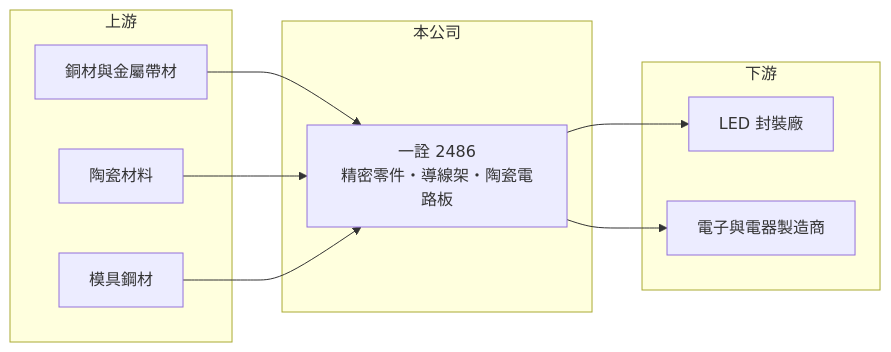
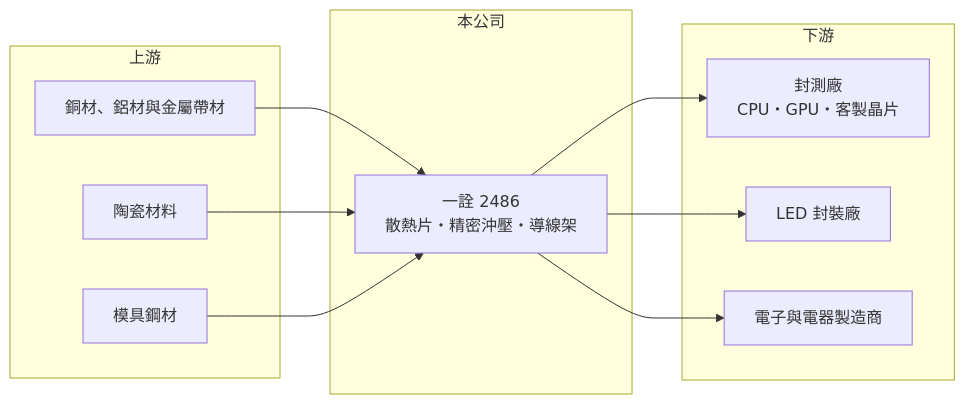
Before and after one commit to wangnick1004/taiwan-stock-vault: the second of 2 diagrams in 個股/台股/2486一詮.md, drawn with Mermaid. The commit also changed other lines of this file and 12 other files, not shown here.

````diff
--- a/個股/台股/2486一詮.md
+++ b/個股/台股/2486一詮.md
@@ -89,20 +114,22 @@
 ```mermaid
 flowchart LR
     subgraph 上游
-        A1["銅材與金屬帶材"]
+        A1["銅材、鋁材與金屬帶材"]
         A2["陶瓷材料"]
         A3["模具鋼材"]
     end
     subgraph 本公司
-        B["一詮 2486<br/>精密零件・導線架・陶瓷電路板"]
+        B["一詮 2486<br/>散熱片・精密沖壓・導線架"]
     end
     subgraph 下游
-        C1["LED 封裝廠"]
-        C2["電子與電器製造商"]
+        C1["封測廠<br/>CPU・GPU・客製晶片"]
+        C2["LED 封裝廠"]
+        C3["電子與電器製造商"]
     end
     A1 --> B
     A2 --> B
     A3 --> B
     B --> C1
     B --> C2
+    B --> C3
 ```
````
